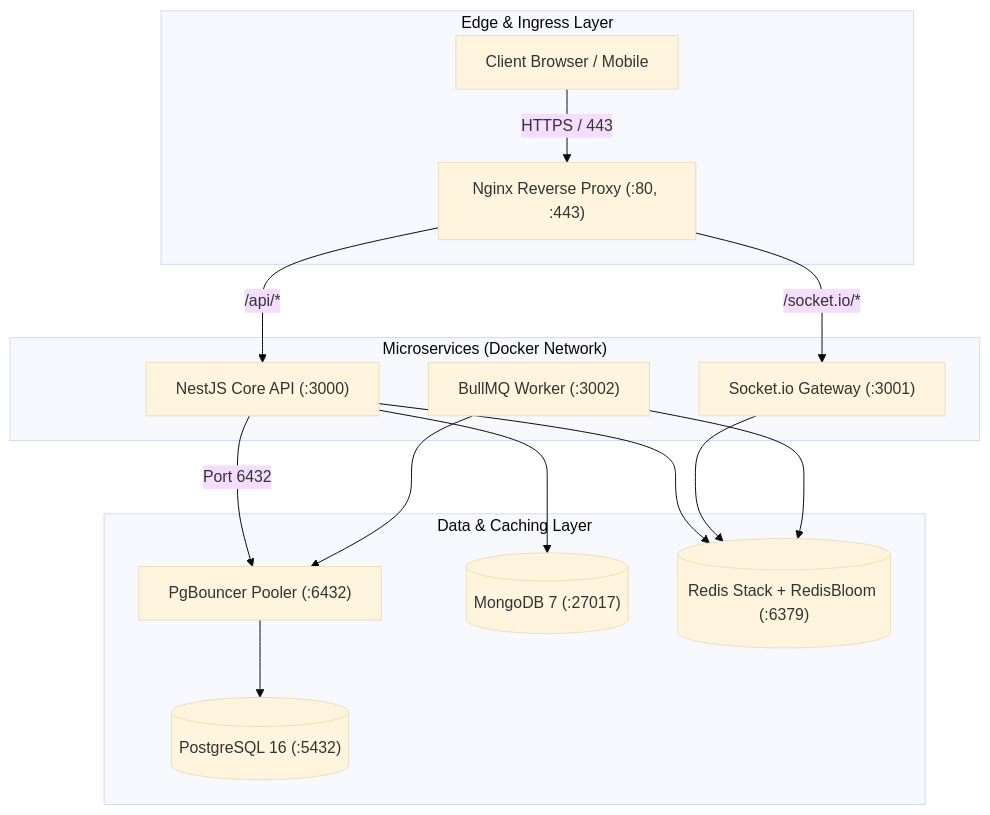
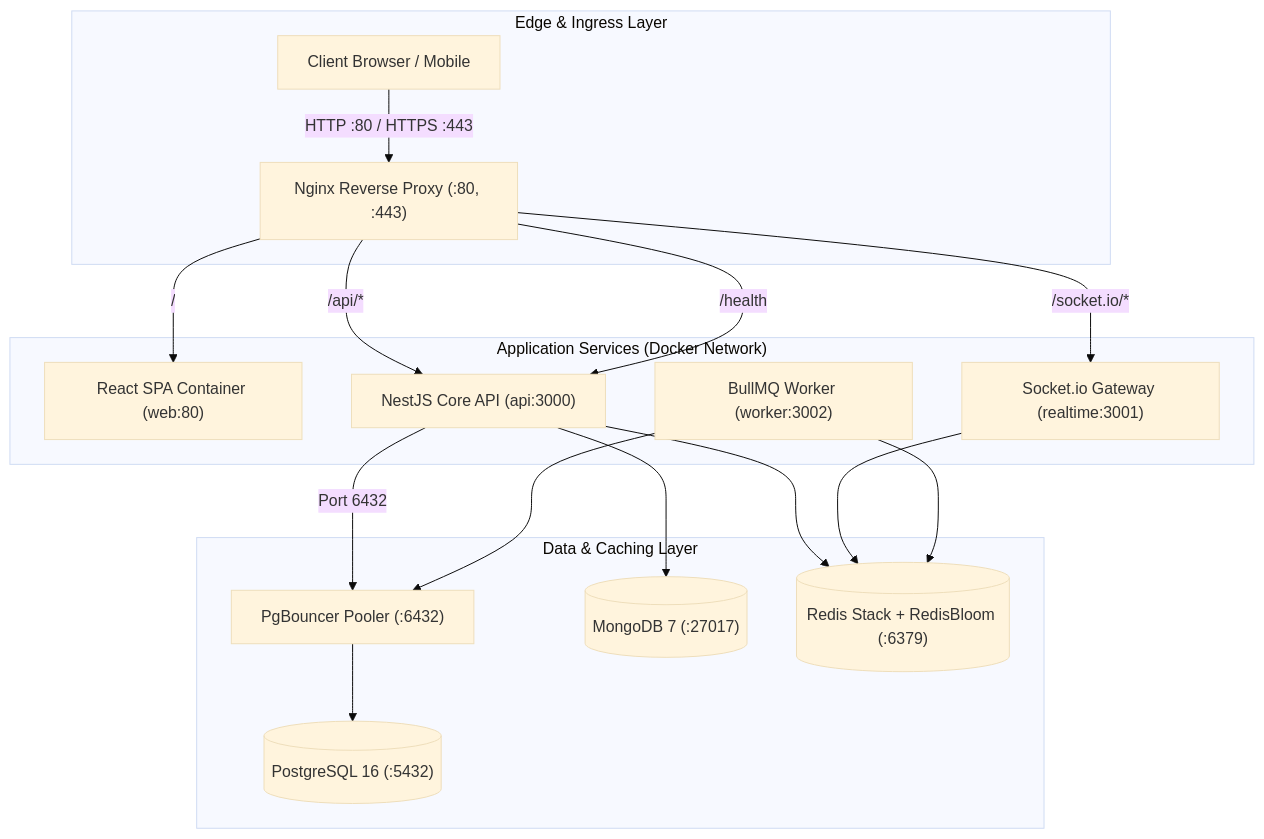
One commit to mAliz007/UrTicketBuddy changed the first of 2 diagrams in docs/deployment.md. Above: the diagram before and after it, drawn with Mermaid (base theme). The commit also changed other lines of this file and 7 other files, not shown here.

````diff
--- a/docs/deployment.md
+++ b/docs/deployment.md
@@ -11,22 +11,24 @@
 ```mermaid
 flowchart TD
     subgraph Edge["Edge & Ingress Layer"]
-        User["Client Browser / Mobile"] -->|HTTPS / 443| Nginx["Nginx Reverse Proxy (:80, :443)"]
+        User["Client Browser / Mobile"] -->|HTTP :80 / HTTPS :443| Nginx["Nginx Reverse Proxy (:80, :443)"]
     end
 
-    subgraph AppTier["Microservices (Docker Network)"]
-        Nginx -->|/api/*| API["NestJS Core API (:3000)"]
-        Nginx -->|/socket.io/*| Realtime["Socket.io Gateway (:3001)"]
-        Worker["BullMQ Worker (:3002)"]
+    subgraph AppTier["Application Services (Docker Network)"]
+        Nginx -->|/| Web["React SPA Container (web:80)"]
+        Nginx -->|/api/*| API["NestJS Core API (api:3000)"]
+        Nginx -->|/health| API
+        Nginx -->|/socket.io/*| Realtime["Socket.io Gateway (realtime:3001)"]
+        Worker["BullMQ Worker (worker:3002)"]
     end
 
     subgraph DataTier["Data & Caching Layer"]
         API -->|Port 6432| PgBouncer["PgBouncer Pooler (:6432)"]
         PgBouncer --> Postgres[("PostgreSQL 16 (:5432)")]
         API --> Mongo[("MongoDB 7 (:27017)")]
         API --> Redis[("Redis Stack + RedisBloom (:6379)")]
         Realtime --> Redis
         Worker --> Redis
         Worker --> PgBouncer
     end
 ```
````
